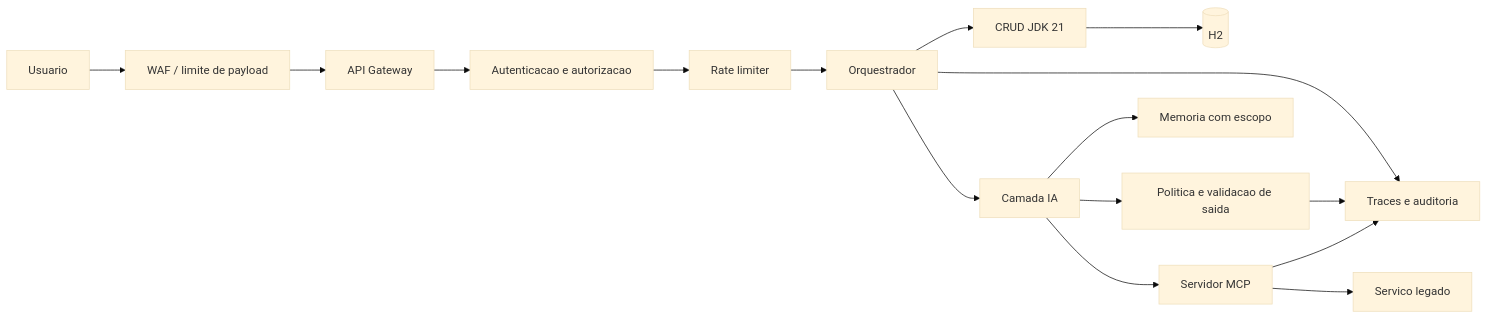
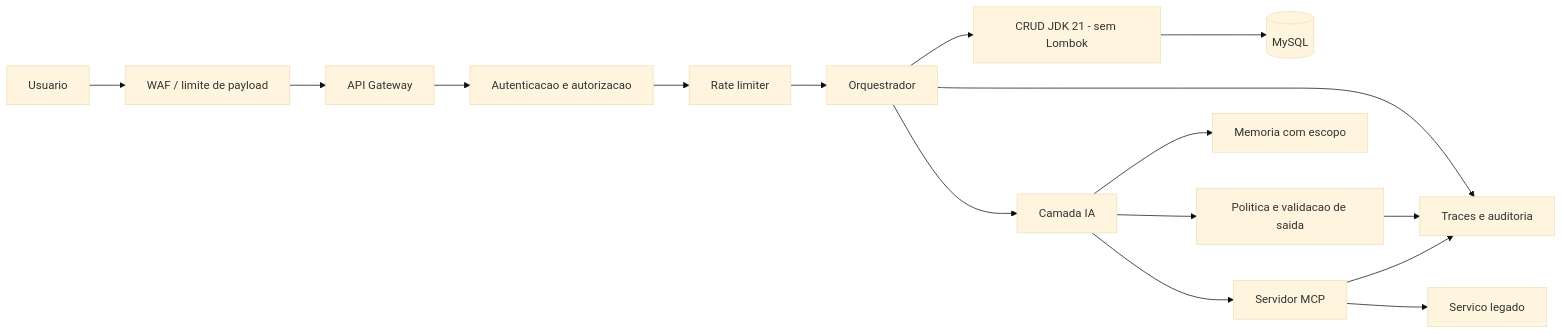
Before and after one commit to rbnigro/IA_Assistida: the diagram in Projeto/docs/architecture/security-architecture.md, drawn with Mermaid (base theme). The commit also changed other lines of this file and 23 other files, not shown here.

````diff
--- a/Projeto/docs/architecture/security-architecture.md
+++ b/Projeto/docs/architecture/security-architecture.md
@@ -32,18 +32,18 @@
 ```mermaid
 flowchart LR
     U[Usuario] --> W[WAF / limite de payload]
     W --> G[API Gateway]
     G --> A[Autenticacao e autorizacao]
     A --> R[Rate limiter]
     R --> O[Orquestrador]
-    O --> C[CRUD JDK 21]
-    C --> H[(H2)]
+    O --> C[CRUD JDK 21 - sem Lombok]
+    C --> H[(MySQL)]
     O --> I[Camada IA]
     I --> P[Politica e validacao de saida]
     I --> M[Memoria com escopo]
     I --> X[Servidor MCP]
     X --> L[Servico legado]
     O --> T[Traces e auditoria]
     P --> T
     X --> T
 ```
````
